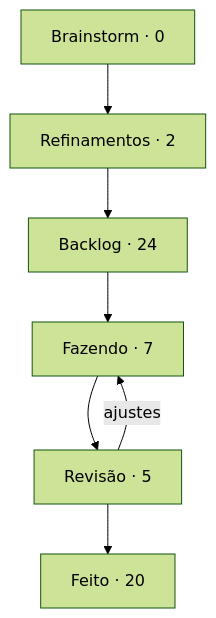
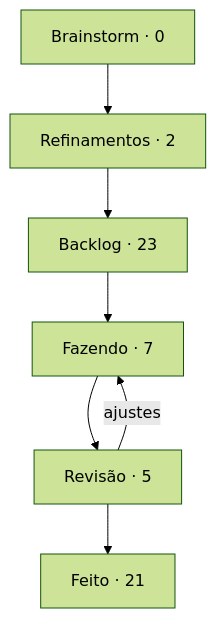
One commit to StudioVibi/VibiKanban changed the diagram in boards/dungeon-bend/BOARD.md. Above: the diagram before and after it, drawn with Mermaid (forest theme). The commit also changed other lines of this file and 2 other files, not shown here.

````diff
--- a/boards/dungeon-bend/BOARD.md
+++ b/boards/dungeon-bend/BOARD.md
@@ -5,12 +5,12 @@
 ```mermaid
 flowchart TD
   brainstorm["Brainstorm · 0"] --> refinamentos["Refinamentos · 2"]
-  refinamentos --> backlog["Backlog · 24"]
+  refinamentos --> backlog["Backlog · 23"]
   backlog --> doing["Fazendo · 7"]
   doing --> review["Revisão · 5"]
-  review --> done["Feito · 20"]
+  review --> done["Feito · 21"]
   review -->|ajustes| doing
   doing:::blue
   review:::yellow
   done:::green
 ```
````
